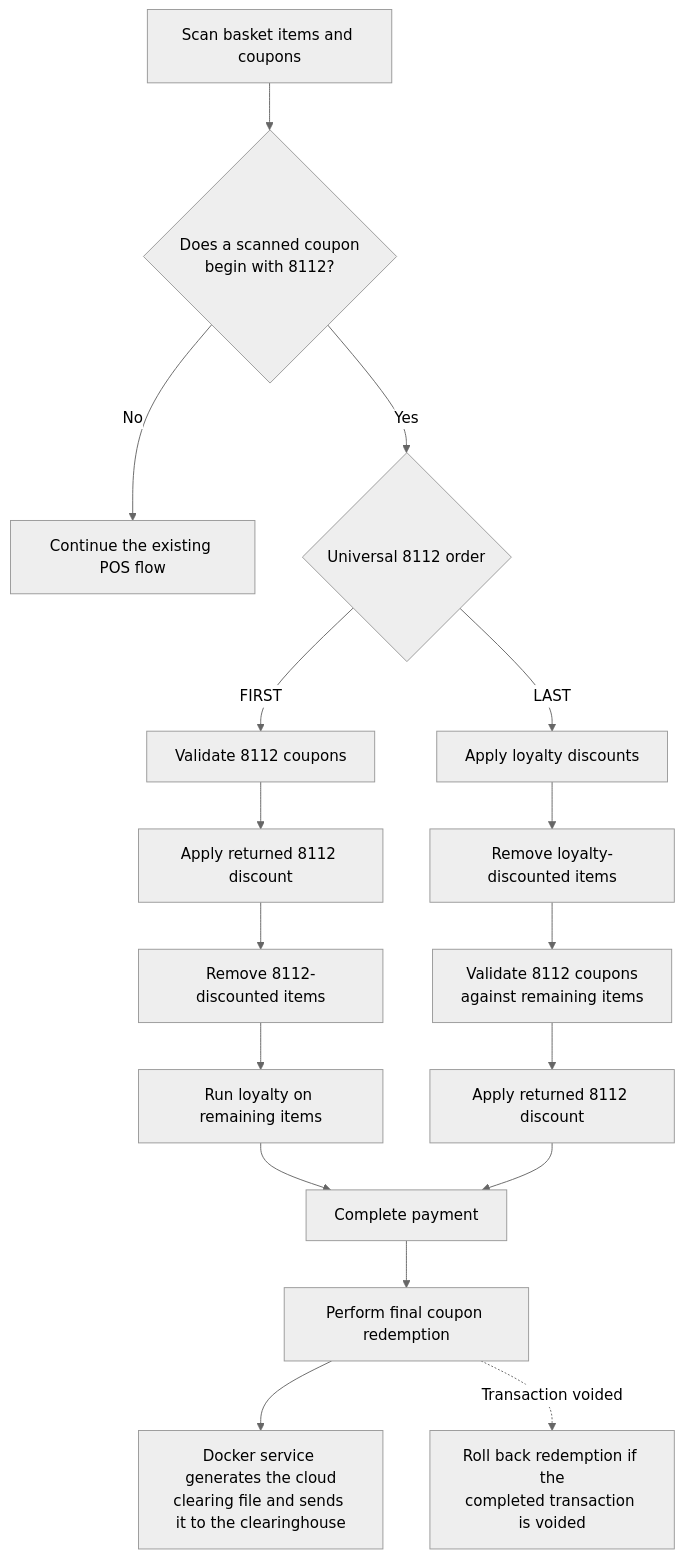
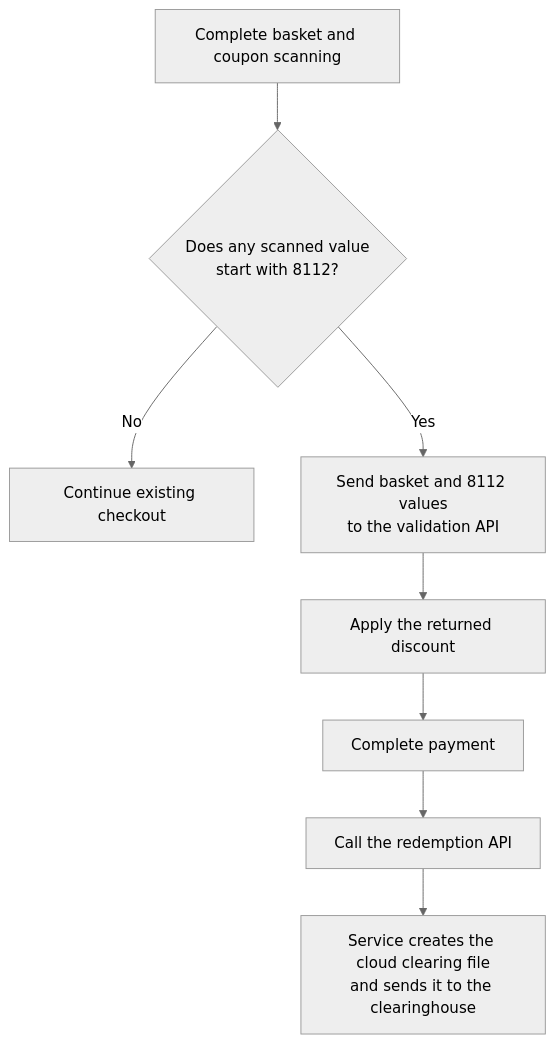
The diagram in 8112-Redemption.md (TheCouponBureau-org/basket-validation-function), drawn with Mermaid (neutral theme) before and after one commit. The commit also changed other lines of this file, not shown here.

````diff
--- a/8112-Redemption.md
+++ b/8112-Redemption.md
@@ -26,36 +48,19 @@
 ```mermaid
 flowchart TD
-    Scan[Scan basket items and coupons]
-    Detect{Does a scanned coupon<br/>begin with 8112?}
-    Existing[Continue the existing POS flow]
-    Order{Universal 8112 order}
-    ValidateFirst[Validate 8112 coupons]
-    DiscountFirst[Apply returned 8112 discount]
-    Remove8112[Remove 8112-discounted items]
-    RunLoyalty[Run loyalty on remaining items]
-    LoyaltyFirst[Apply loyalty discounts]
-    RemoveLoyalty[Remove loyalty-discounted items]
-    ValidateLast[Validate 8112 coupons<br/>against remaining items]
-    DiscountLast[Apply returned 8112 discount]
+    Scan[Complete basket and coupon scanning]
+    Detect{Does any scanned value<br/>start with 8112?}
+    Existing[Continue existing checkout]
+    Validate[Send basket and 8112 values<br/>to the validation API]
+    Apply[Apply the returned discount]
     Payment[Complete payment]
-    Redeem[Perform final coupon redemption]
-    Clearing[Docker service generates the cloud<br/>clearing file and sends it to the clearinghouse]
-    Rollback[Roll back redemption if the<br/>completed transaction is voided]
+    Redeem[Call the redemption API]
+    Clearing[Service creates the cloud clearing file<br/>and sends it to the clearinghouse]
 
     Scan --> Detect
     Detect -->|No| Existing
-    Detect -->|Yes| Order
-    Order -->|FIRST| ValidateFirst
-    ValidateFirst --> DiscountFirst
-    DiscountFirst --> Remove8112
-    Remove8112 --> RunLoyalty
-    RunLoyalty --> Payment
-    Order -->|LAST| LoyaltyFirst
-    LoyaltyFirst --> RemoveLoyalty
-    RemoveLoyalty --> ValidateLast
-    ValidateLast --> DiscountLast
-    DiscountLast --> Payment
+    Detect -->|Yes| Validate
+    Validate --> Apply
+    Apply --> Payment
     Payment --> Redeem
     Redeem --> Clearing
-    Redeem -. Transaction voided .-> Rollback
 ```
````
